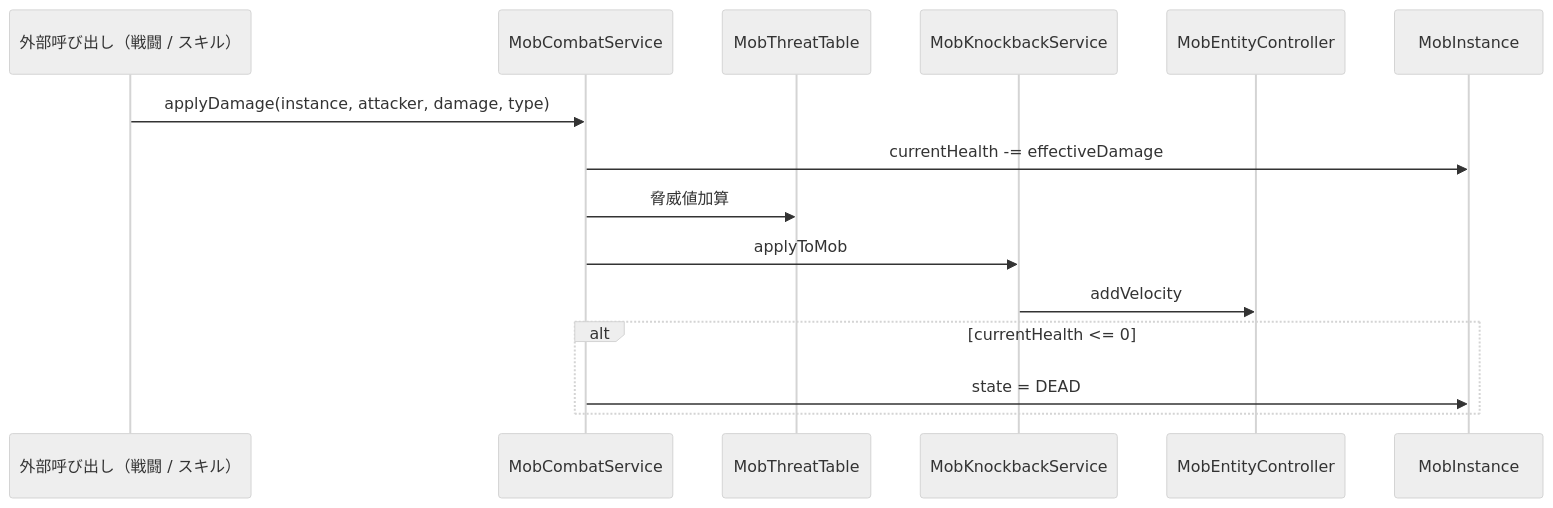
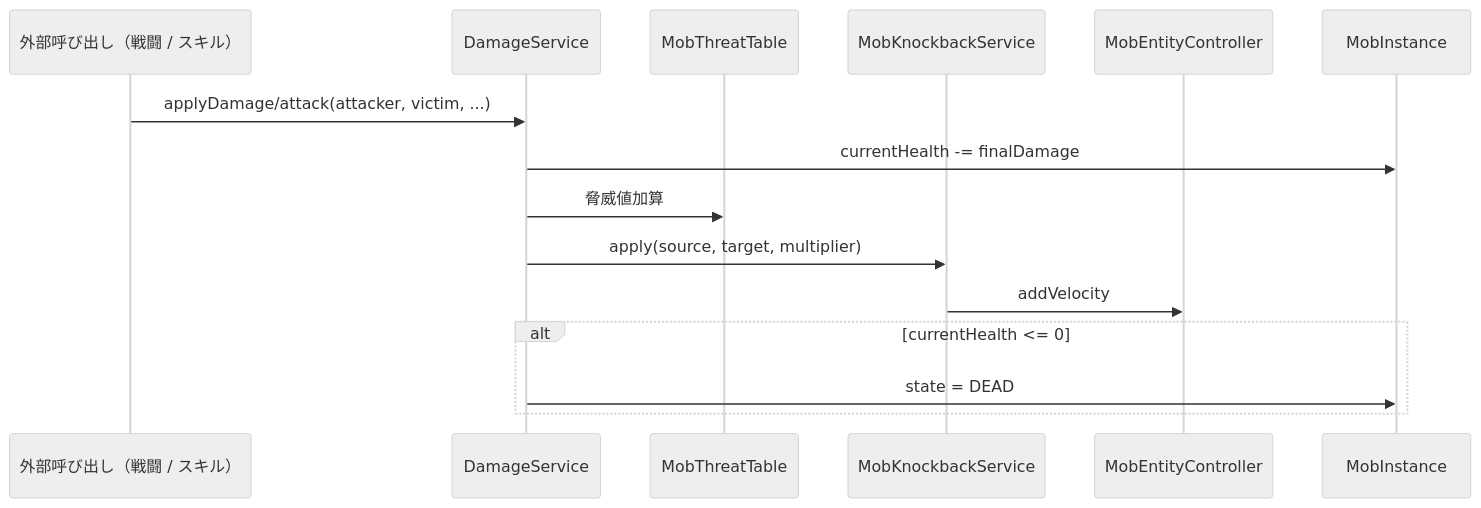
The fourth of 5 diagrams in 00_docs/10_プラグイン設計書/feature/12-mob/4-統合フロー/12_4.00-統合フロー.md (maaasu/AstralRecord-Workspace), drawn with Mermaid (neutral theme) before and after one commit. The commit also changed 26 other files, not shown here.

````diff
--- a/00_docs/10_プラグイン設計書/feature/12-mob/4-統合フロー/12_4.00-統合フロー.md
+++ b/00_docs/10_プラグイン設計書/feature/12-mob/4-統合フロー/12_4.00-統合フロー.md
@@ -91,18 +91,18 @@
 ```mermaid
 sequenceDiagram
     participant X as 外部呼び出し（戦闘 / スキル）
-    participant CB as MobCombatService
+    participant DS as DamageService
     participant T as MobThreatTable
     participant KB as MobKnockbackService
     participant E as MobEntityController
     participant I as MobInstance
 
-    X->>CB: applyDamage(instance, attacker, damage, type)
-    CB->>I: currentHealth -= effectiveDamage
-    CB->>T: 脅威値加算
-    CB->>KB: applyToMob
+    X->>DS: applyDamage/attack(attacker, victim, ...)
+    DS->>I: currentHealth -= finalDamage
+    DS->>T: 脅威値加算
+    DS->>KB: apply(source, target, multiplier)
     KB->>E: addVelocity
     alt currentHealth <= 0
-        CB->>I: state = DEAD
+        DS->>I: state = DEAD
     end
 ```
````
